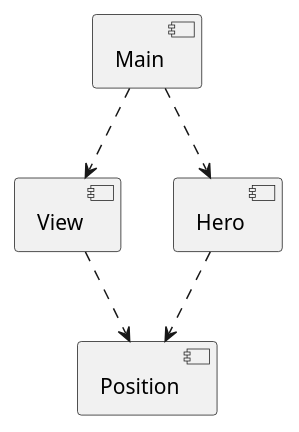
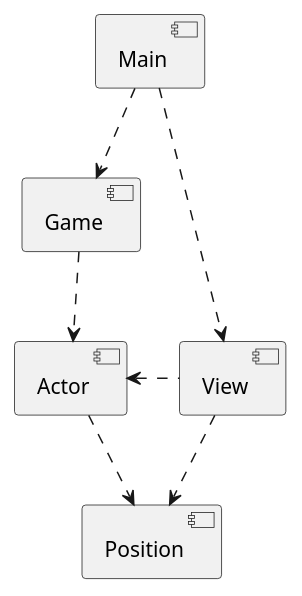
One commit to isel-leic-pg/2223vLEIC11D changed the diagram in HeroGrid/src/diagrams/Modules.puml. Above: the diagram before and after it, drawn with PlantUML. The commit also changed 5 other files, not shown here.

```diff
--- a/HeroGrid/src/diagrams/Modules.puml
+++ b/HeroGrid/src/diagrams/Modules.puml
@@ -1,9 +1,11 @@
 @startuml
 'https://plantuml.com/component-diagram
 
 [Main] ..> [View]
-[Main] ..> [Hero]
-[Hero] ..> [Position]
+[Main] ..> [Game]
+[Game] ..> [Actor]
+[Actor] ..> [Position]
+[Actor] <. [View]
 [View] ..> [Position]
 
 @enduml
```
